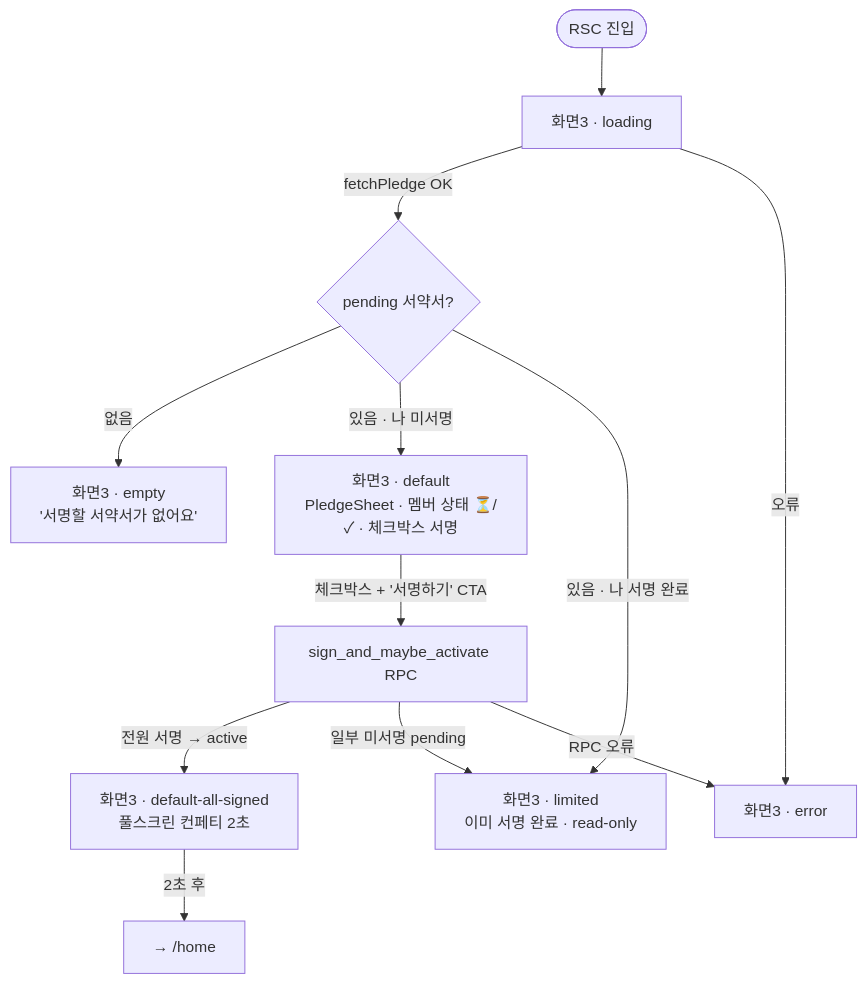
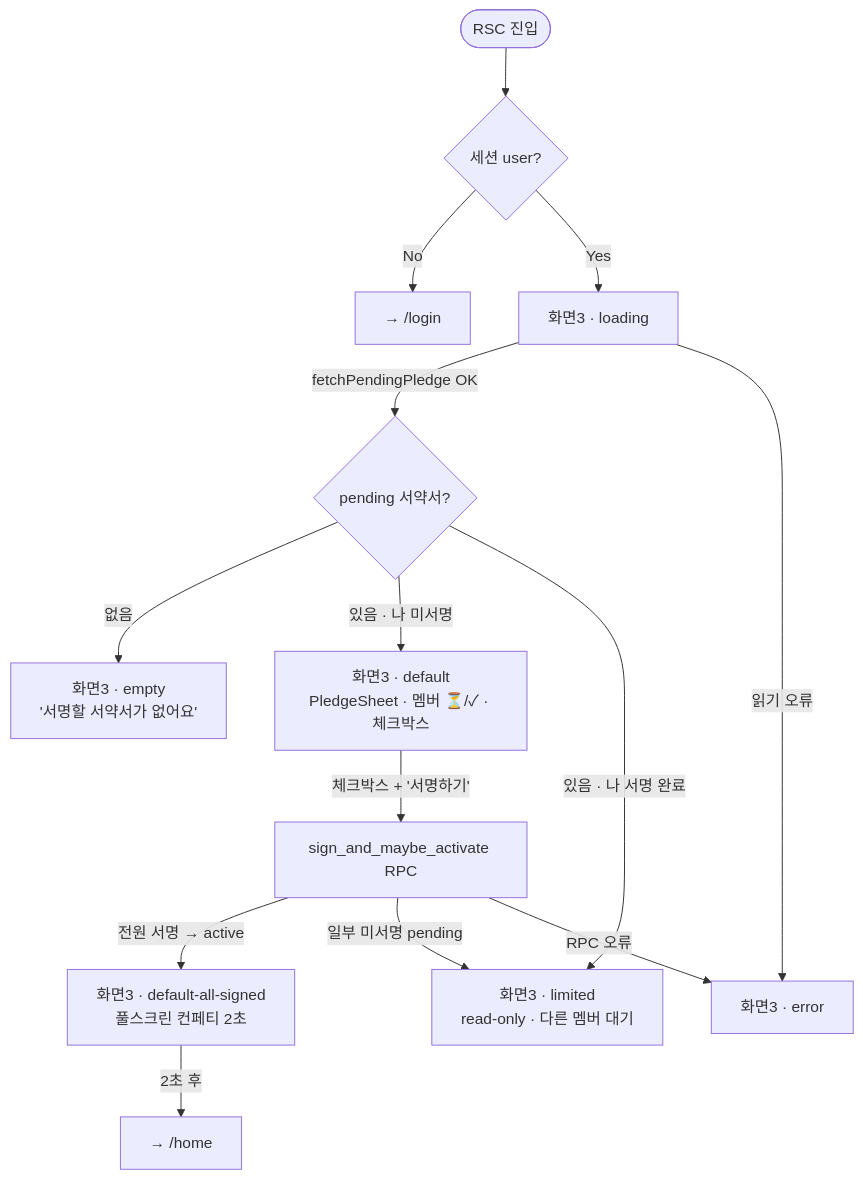
One commit to pistachio8/with-key-app changed the sixth of 13 diagrams in docs/DESIGN_FLOW.md. Above: the diagram before and after it, drawn with Mermaid. The commit also changed other lines of this file, not shown here.

First line of the commit message:
docs(design-flow): sync v1.1 with multi-group / invite / proxy

````diff
--- a/docs/DESIGN_FLOW.md
+++ b/docs/DESIGN_FLOW.md
@@ -167,21 +197,17 @@
 ```mermaid
 flowchart TD
-  S3[화면3 · default<br/>PledgeSheet · 멤버 상태 ⏳/✓ · 체크박스 서명]
-  S3L[화면3 · loading]
-  S3EM[화면3 · empty<br/>'서명할 서약서가 없어요']
-  S3W[화면3 · default-all-signed<br/>풀스크린 컨페티 2초]
-  S3LT[화면3 · limited<br/>이미 서명 완료 · read-only]
+  Entry([RSC 진입]) --> AuthQ{세션 user?}
+  AuthQ -->|No| GoLogin[→ /login]
+  AuthQ -->|Yes| S3L[화면3 · loading]
+  S3L -->|fetchPendingPledge OK| S3Q{pending 서약서?}
+  S3L -->|읽기 오류| S3E[화면3 · error]
+  S3Q -->|없음| S3EM[화면3 · empty<br/>'서명할 서약서가 없어요']
+  S3Q -->|있음 · 나 미서명| S3[화면3 · default<br/>PledgeSheet · 멤버 ⏳/✓ · 체크박스]
+  S3Q -->|있음 · 나 서명 완료| S3LT[화면3 · limited<br/>read-only · 다른 멤버 대기]
 
-  Entry([RSC 진입]) --> S3L
-  S3L -->|fetchPledge OK| S3Q{pending 서약서?}
-  S3L -->|오류| S3E[화면3 · error]
-  S3Q -->|없음| S3EM
-  S3Q -->|있음 · 나 미서명| S3
-  S3Q -->|있음 · 나 서명 완료| S3LT
-
-  S3 -- "체크박스 + '서명하기' CTA" --> S3R[sign_and_maybe_activate RPC]
-  S3R -->|전원 서명 → active| S3W
+  S3 -- "체크박스 + '서명하기'" --> S3R[sign_and_maybe_activate RPC]
+  S3R -->|전원 서명 → active| S3W[화면3 · default-all-signed<br/>풀스크린 컨페티 2초]
   S3R -->|일부 미서명 pending| S3LT
   S3R -->|RPC 오류| S3E
   S3W -- "2초 후" --> goS4[→ /home]
 ```
````
